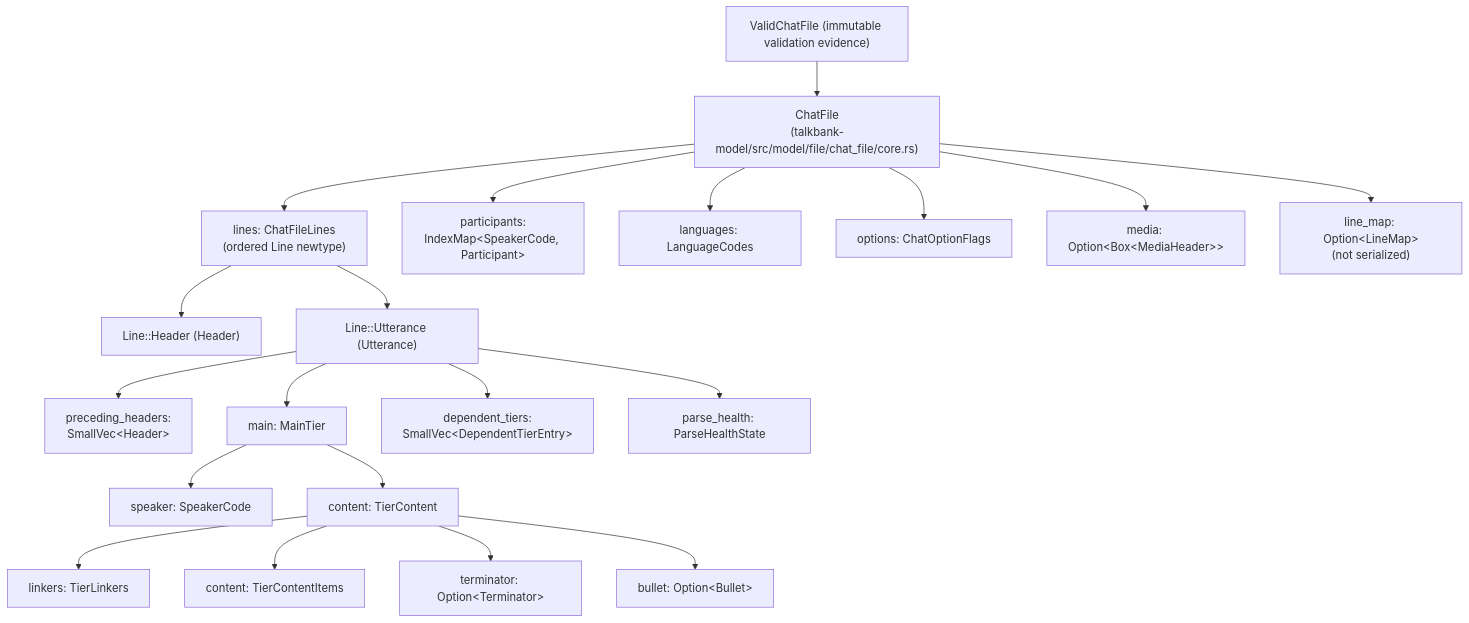
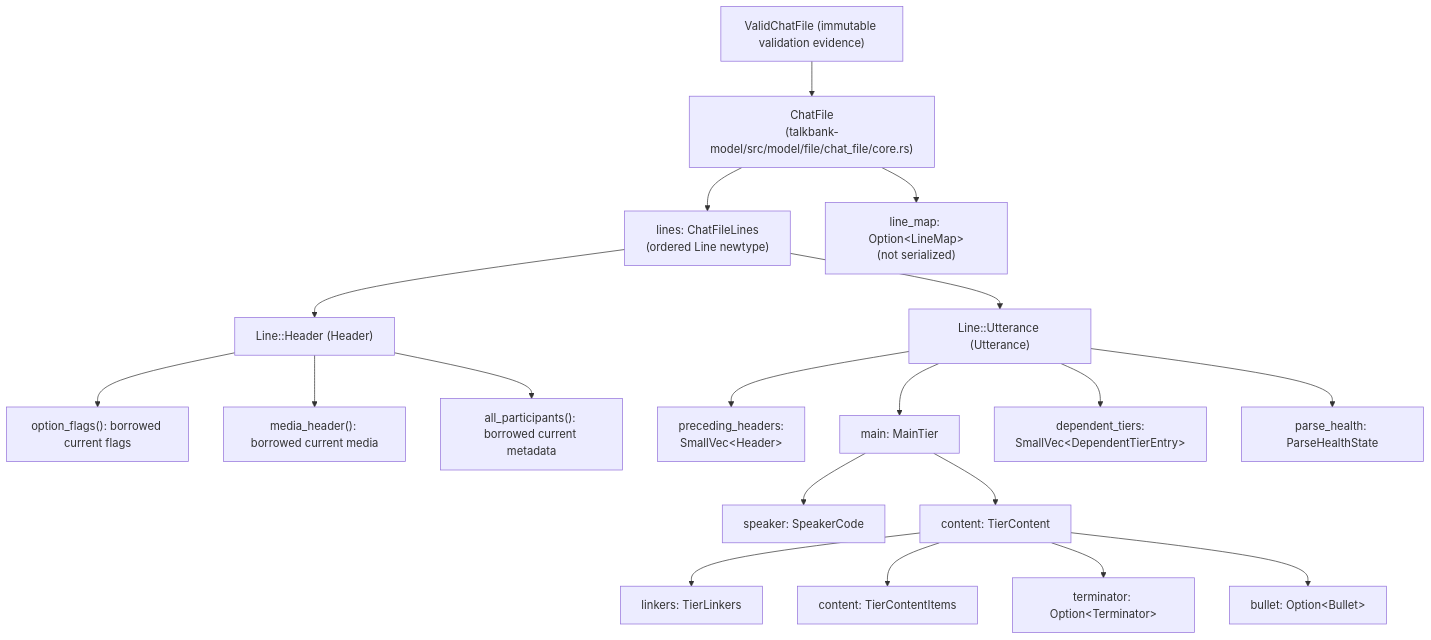
One commit to TalkBank/chatter changed the first of 3 diagrams in book/src/architecture/chat-model/chat-model.md. Above: the diagram before and after it, drawn with Mermaid. The commit also changed other lines of this file and 1443 other files, not shown here.

````diff
--- a/book/src/architecture/chat-model/chat-model.md
+++ b/book/src/architecture/chat-model/chat-model.md
@@ -75,26 +275,25 @@
 ```mermaid
 flowchart TD
     chatfile["ChatFile\n(talkbank-model/src/model/file/chat_file/core.rs)"]
     valid["ValidChatFile (immutable validation evidence)"] --> chatfile
     chatfile --> lines["lines: ChatFileLines\n(ordered Line newtype)"]
-    chatfile --> participants["participants:\nIndexMap&lt;SpeakerCode, Participant&gt;"]
-    chatfile --> languages["languages: LanguageCodes"]
-    chatfile --> options["options: ChatOptionFlags"]
-    chatfile --> media["media: Option&lt;Box&lt;MediaHeader&gt;&gt;"]
     chatfile --> line_map["line_map: Option&lt;LineMap&gt;\n(not serialized)"]
 
     lines --> header_line["Line::Header (Header)"]
+    header_line --> options["option_flags(): borrowed current flags"]
+    header_line --> media["media_header(): borrowed current media"]
+    header_line --> participants["all_participants(): borrowed current metadata"]
     lines --> utt_line["Line::Utterance (Utterance)"]
 
     utt_line --> preceding["preceding_headers:\nSmallVec&lt;Header&gt;"]
     utt_line --> main["main: MainTier"]
     utt_line --> deptiers["dependent_tiers:\nSmallVec&lt;DependentTierEntry&gt;"]
     utt_line --> health["parse_health: ParseHealthState"]
 
     main --> speaker["speaker: SpeakerCode"]
     main --> tiercontent["content: TierContent"]
     tiercontent --> linkers["linkers: TierLinkers"]
     tiercontent --> uttcontent["content: TierContentItems"]
     tiercontent --> terminator["terminator: Option&lt;Terminator&gt;"]
     tiercontent --> bullet["bullet: Option&lt;Bullet&gt;"]
 ```
````
